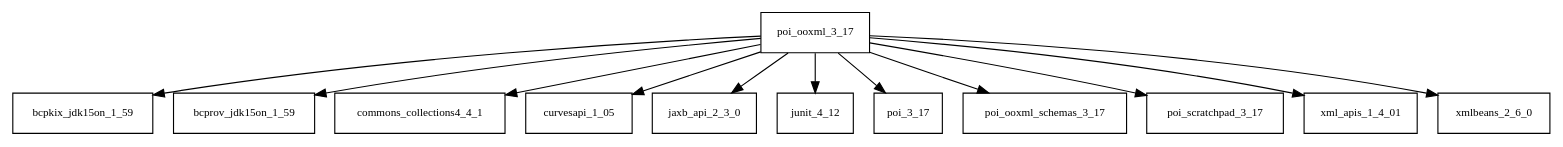
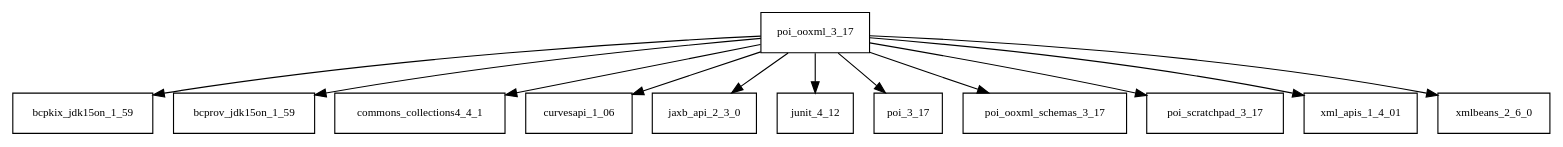
Before and after one commit to sjvs/cia: the diagram in tattleTaleReport/graphviz/poi-ooxml-3.17.jar/poi-ooxml-3.17.jar.dot, drawn with Graphviz. The commit also changed 1517 other files, not shown here.

```diff
--- a/tattleTaleReport/graphviz/poi-ooxml-3.17.jar/poi-ooxml-3.17.jar.dot
+++ b/tattleTaleReport/graphviz/poi-ooxml-3.17.jar/poi-ooxml-3.17.jar.dot
@@ -1,14 +1,14 @@
 digraph poi_ooxml_3_17_dependencies {
   node [shape = box, fontsize=10.0];
   poi_ooxml_3_17 -> bcpkix_jdk15on_1_59;
   poi_ooxml_3_17 -> bcprov_jdk15on_1_59;
   poi_ooxml_3_17 -> commons_collections4_4_1;
-  poi_ooxml_3_17 -> curvesapi_1_05;
+  poi_ooxml_3_17 -> curvesapi_1_06;
   poi_ooxml_3_17 -> jaxb_api_2_3_0;
   poi_ooxml_3_17 -> junit_4_12;
   poi_ooxml_3_17 -> poi_3_17;
   poi_ooxml_3_17 -> poi_ooxml_schemas_3_17;
   poi_ooxml_3_17 -> poi_scratchpad_3_17;
   poi_ooxml_3_17 -> xml_apis_1_4_01;
   poi_ooxml_3_17 -> xmlbeans_2_6_0;
 }
```
